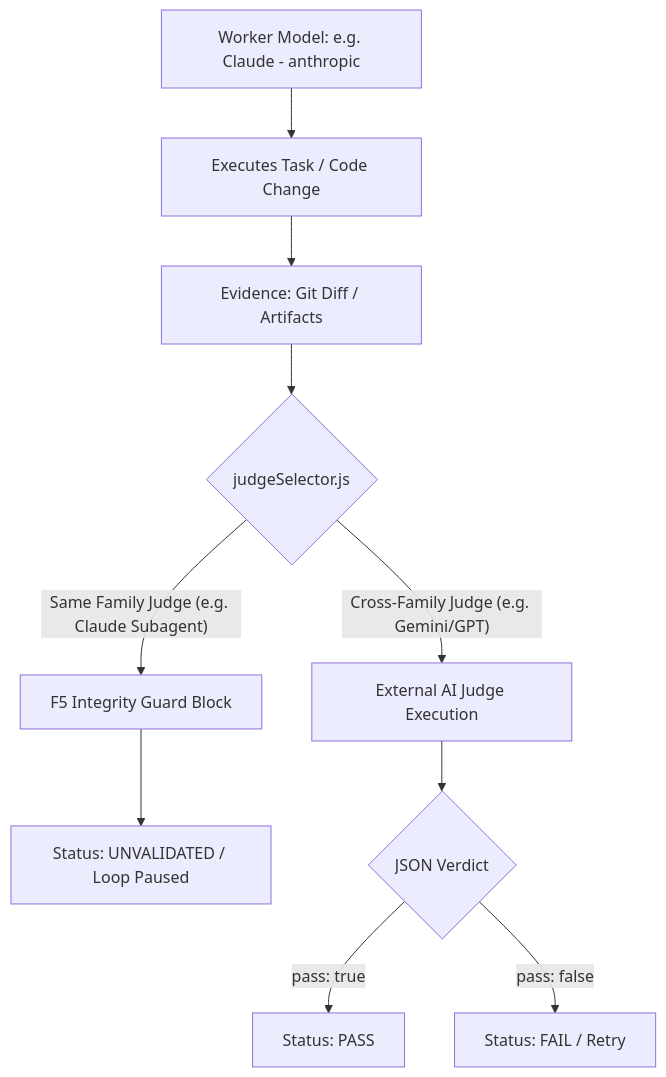
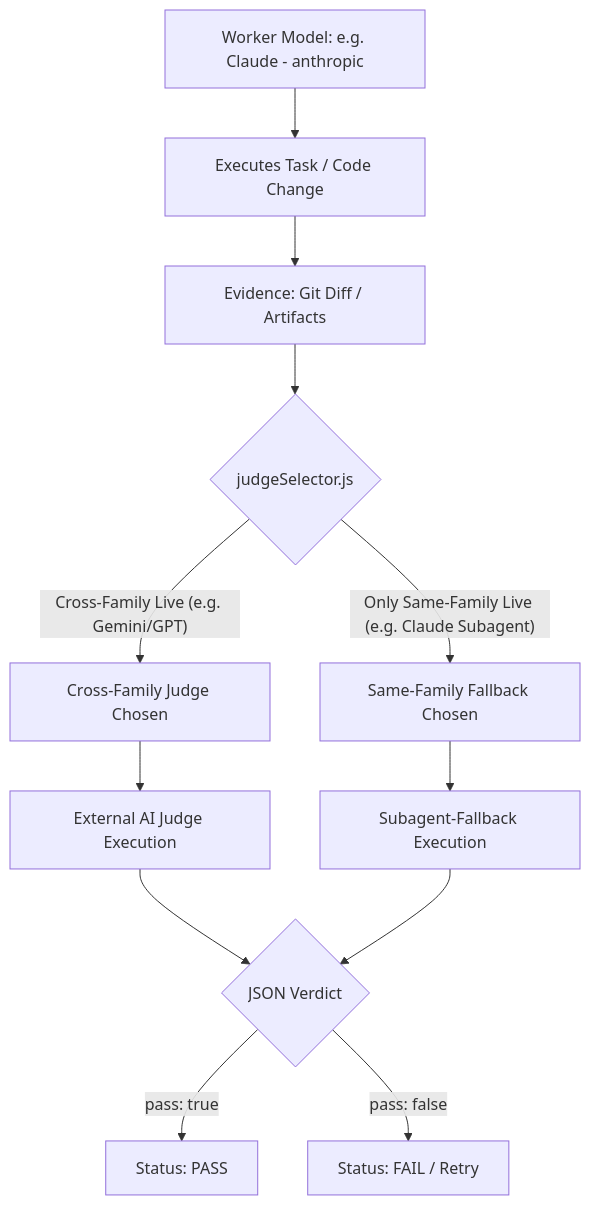
Before and after one commit to gDavASko/HarnessProtocol: the third of 4 diagrams in README.md, drawn with Mermaid. The commit also changed other lines of this file and 4 other files, not shown here.

````diff
--- a/README.md
+++ b/README.md
@@ -156,14 +156,18 @@
 ```mermaid
 graph TD
     Worker[Worker Model: e.g. Claude - anthropic] --> Action[Executes Task / Code Change]
     Action --> Diff[Evidence: Git Diff / Artifacts]
     Diff --> Selector{judgeSelector.js}
     
-    Selector -- "Same Family Judge (e.g. Claude Subagent)" --> Block[F5 Integrity Guard Block]
-    Block --> Verdict1[Status: UNVALIDATED / Loop Paused]
+    Selector -- "Cross-Family Live (e.g. Gemini/GPT)" --> Cross[Cross-Family Judge Chosen]
+    Selector -- "Only Same-Family Live (e.g. Claude Subagent)" --> Fallback[Same-Family Fallback Chosen]
     
-    Selector -- "Cross-Family Judge (e.g. Gemini/GPT)" --> Eval[External AI Judge Execution]
-    Eval --> Verdict2{JSON Verdict}
-    Verdict2 -- "pass: true" --> PASS[Status: PASS]
-    Verdict2 -- "pass: false" --> FAIL[Status: FAIL / Retry]
+    Cross --> Eval1[External AI Judge Execution]
+    Fallback --> Eval2[Subagent-Fallback Execution]
+    
+    Eval1 --> Verdict{JSON Verdict}
+    Eval2 --> Verdict
+    
+    Verdict -- "pass: true" --> PASS[Status: PASS]
+    Verdict -- "pass: false" --> FAIL[Status: FAIL / Retry]
 ```
````
